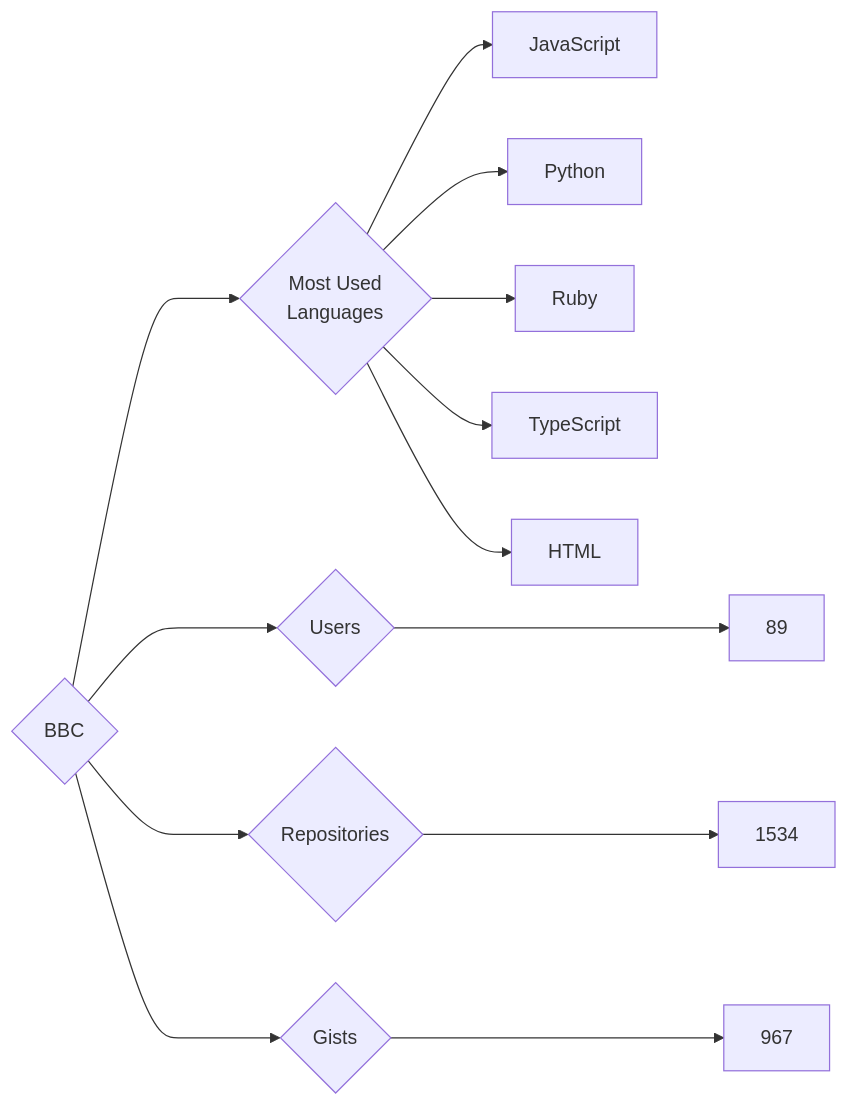
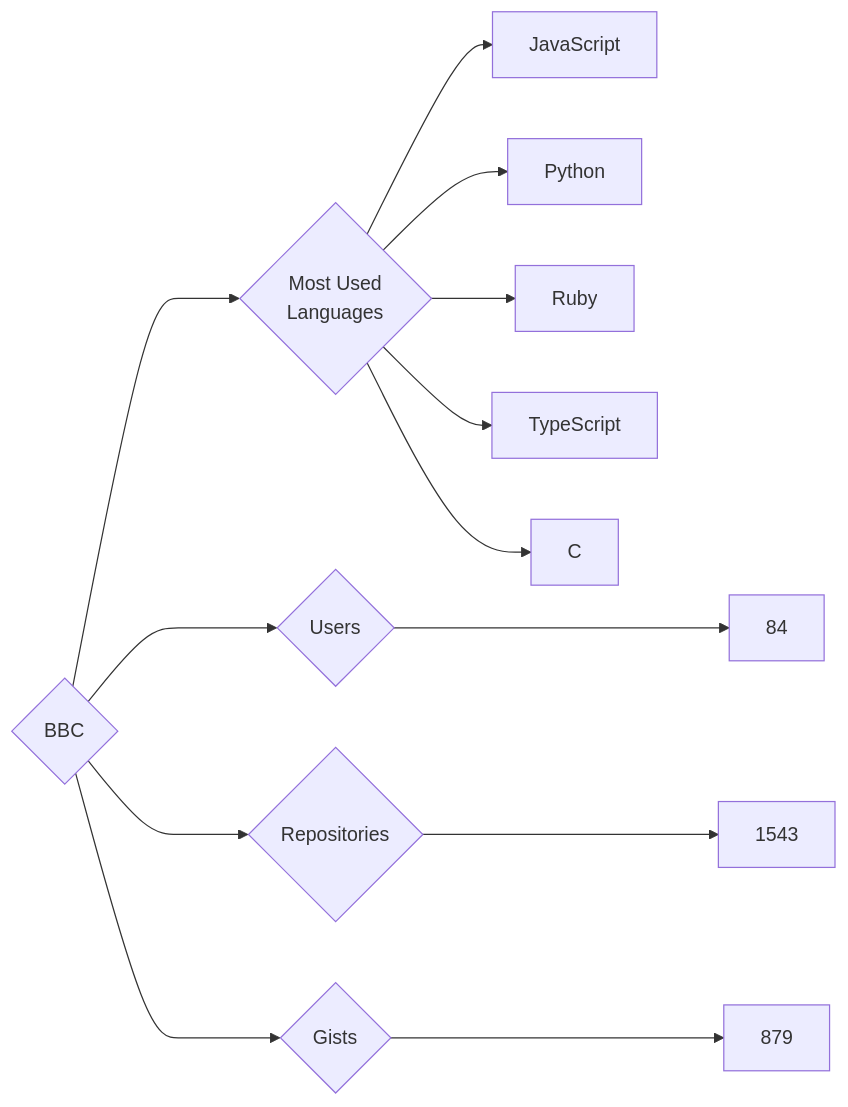
The diagram in targets/BBC/README.md (trickest/insiders), drawn with Mermaid before and after one commit. The commit also changed 900 other files, not shown here.

````diff
--- a/targets/BBC/README.md
+++ b/targets/BBC/README.md
@@ -3,13 +3,13 @@
 ```mermaid
 graph LR
 COMPANY_NAME{BBC}
-COMPANY_NAME ---> U{Users} ---> UN[89]
-COMPANY_NAME ---> R{Repositories} ---> RN[1534]
-COMPANY_NAME ---> G{Gists} ---> GN[967]
+COMPANY_NAME ---> U{Users} ---> UN[84]
+COMPANY_NAME ---> R{Repositories} ---> RN[1543]
+COMPANY_NAME ---> G{Gists} ---> GN[879]
 COMPANY_NAME ---> ML{Most Used<br>Languages}
 ML --> JavaScript[JavaScript]
 ML --> Python[Python]
 ML --> Ruby[Ruby]
 ML --> TypeScript[TypeScript]
-ML --> HTML[HTML]
+ML --> C[C]
 ```
````
